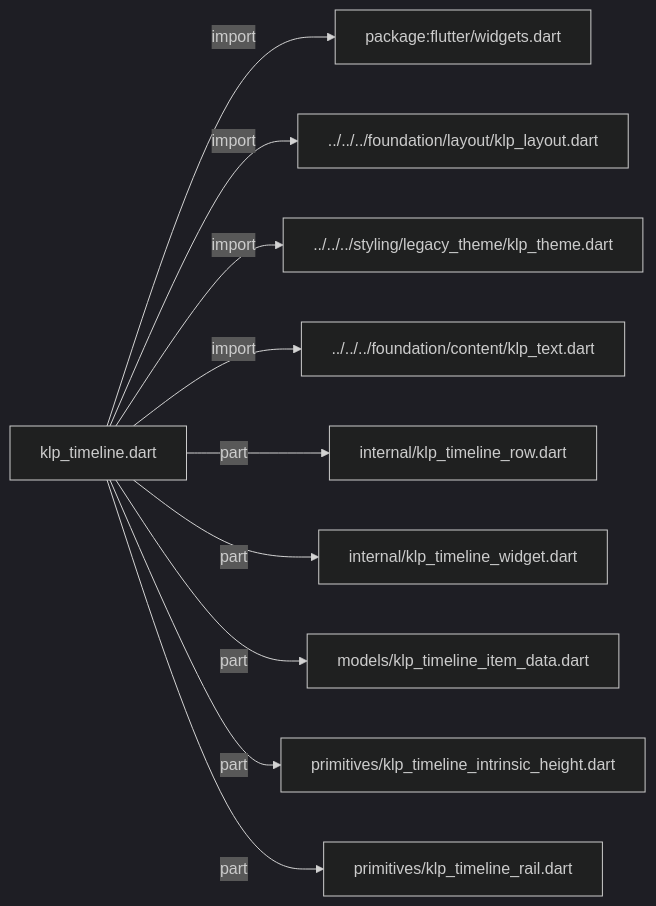
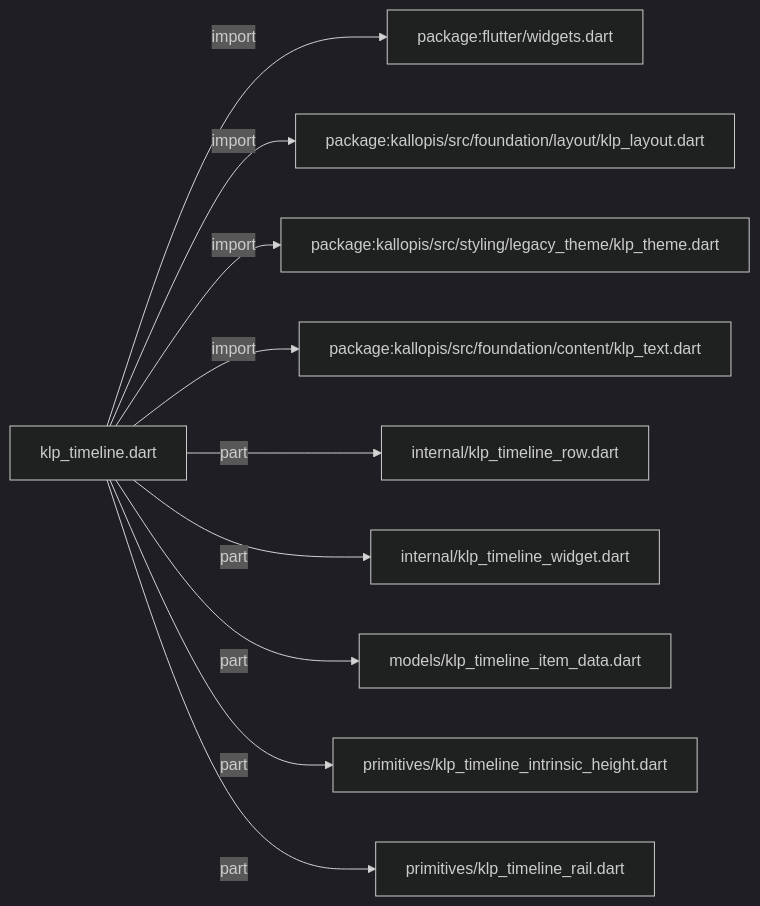
One commit to MiuDog/Kallopis changed the diagram in docs/architecture/src/features/collections/timeline/klp_timeline.md. Above: the diagram before and after it, drawn with Mermaid (dark theme). The commit also changed other lines of this file and 9688 other files, not shown here.

Commit message:
Prepare isolated Flow F2 peer baseline

````diff
--- a/docs/architecture/src/features/collections/timeline/klp_timeline.md
+++ b/docs/architecture/src/features/collections/timeline/klp_timeline.md
@@ -11,22 +11,22 @@
 ```mermaid
 flowchart LR
 	n0["klp_timeline.dart"]
 	n1["package:flutter/widgets.dart"]
-	n2["../../../foundation/layout/klp_layout.dart"]
-	n3["../../../styling/legacy_theme/klp_theme.dart"]
-	n4["../../../foundation/content/klp_text.dart"]
+	n2["package:kallopis/src/foundation/layout/klp_layout.dart"]
+	n3["package:kallopis/src/styling/legacy_theme/klp_theme.dart"]
+	n4["package:kallopis/src/foundation/content/klp_text.dart"]
 	n5["internal/klp_timeline_row.dart"]
 	n6["internal/klp_timeline_widget.dart"]
 	n7["models/klp_timeline_item_data.dart"]
 	n8["primitives/klp_timeline_intrinsic_height.dart"]
 	n9["primitives/klp_timeline_rail.dart"]
 	n0 -->|"import"| n1
 	n0 -->|"import"| n2
 	n0 -->|"import"| n3
 	n0 -->|"import"| n4
 	n0 -->|"part"| n5
 	n0 -->|"part"| n6
 	n0 -->|"part"| n7
 	n0 -->|"part"| n8
 	n0 -->|"part"| n9
 ```
````
